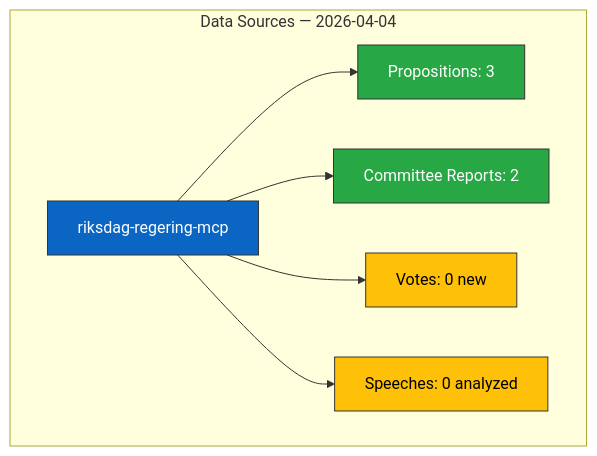
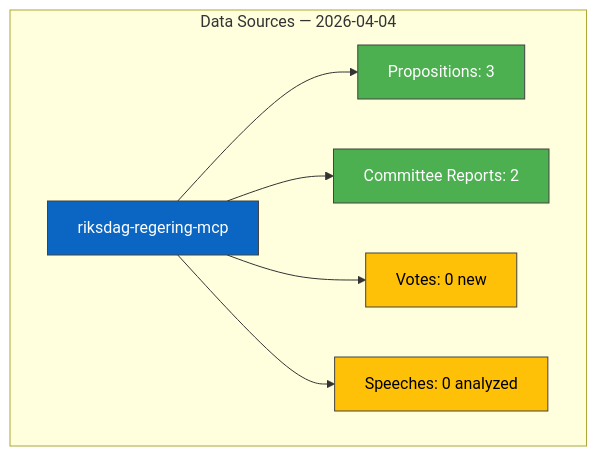
Before and after one commit to Hack23/riksdagsmonitor: the diagram in analysis/daily/2026-04-04/realtime-1212/data-download-manifest.md, drawn with Mermaid. The commit also changed 785 other files, not shown here.

First line of the commit message:
Normalize mermaid colors across 786 analysis artifacts to ISMS Style Guide palette

````diff
--- a/analysis/daily/2026-04-04/realtime-1212/data-download-manifest.md
+++ b/analysis/daily/2026-04-04/realtime-1212/data-download-manifest.md
@@ -24,14 +24,14 @@
 ```mermaid
 graph TD
     subgraph "Data Sources — 2026-04-04"
         MCP["riksdag-regering-mcp"] --> P["Propositions: 3"]
         MCP --> B["Committee Reports: 2"]
         MCP --> V["Votes: 0 new"]
         MCP --> S["Speeches: 0 analyzed"]
     end
-    style MCP fill:#0A66C2,stroke:#333,color:#fff
-    style P fill:#28a745,stroke:#333,color:#fff
-    style B fill:#28a745,stroke:#333,color:#fff
-    style V fill:#ffc107,stroke:#333,color:#000
-    style S fill:#ffc107,stroke:#333,color:#000
+    style MCP fill:#0A66C2,stroke:#424242,color:#FFFFFF
+    style P fill:#4CAF50,stroke:#424242,color:#FFFFFF
+    style B fill:#4CAF50,stroke:#424242,color:#FFFFFF
+    style V fill:#FFC107,stroke:#424242,color:#000000
+    style S fill:#FFC107,stroke:#424242,color:#000000
 ```
````
